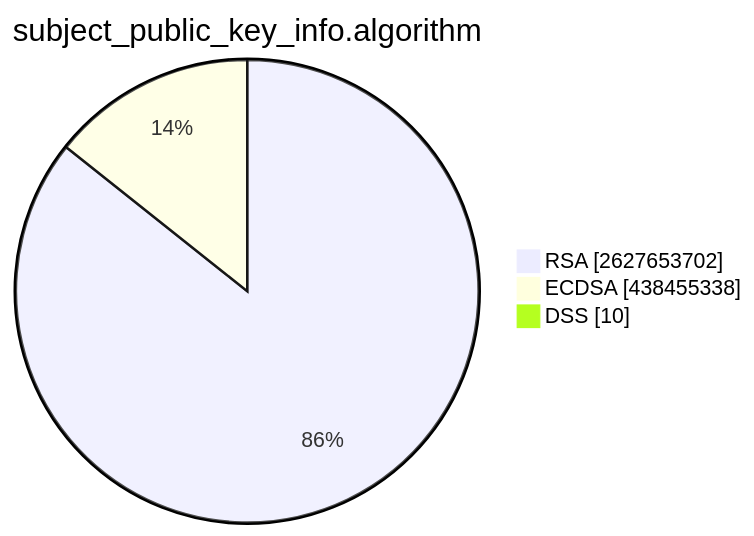
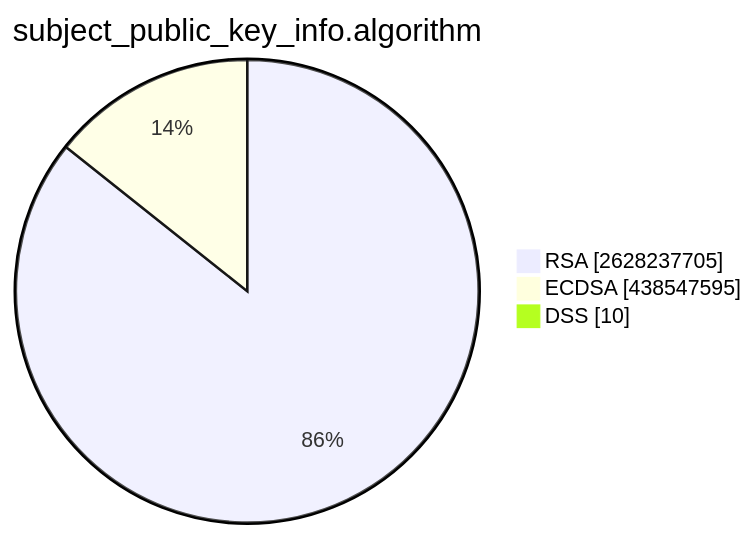
One commit to christiankrug/ctmonitor_visualization changed the second of 15 diagrams in TOTAL/README.md. Above: the diagram before and after it, drawn with Mermaid. The commit also changed other lines of this file, not shown here.

````diff
--- a/TOTAL/README.md
+++ b/TOTAL/README.md
@@ -6,7 +6,7 @@
 ```mermaid
 pie showData
 title subject_public_key_info.algorithm
-"RSA" :2627653702
-"ECDSA" :438455338
+"RSA" :2628237705
+"ECDSA" :438547595
 "DSS" :10
 ```
````
